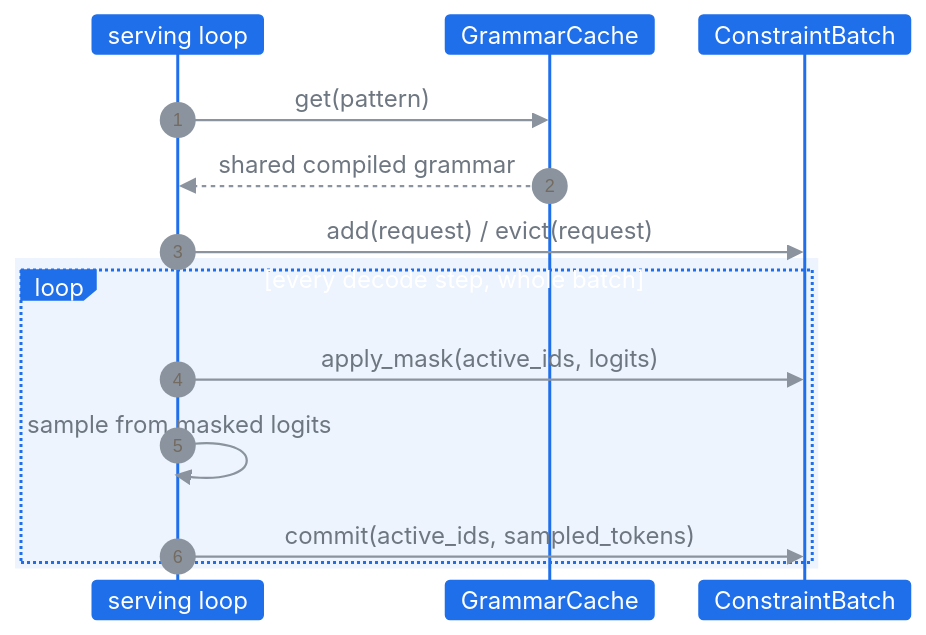
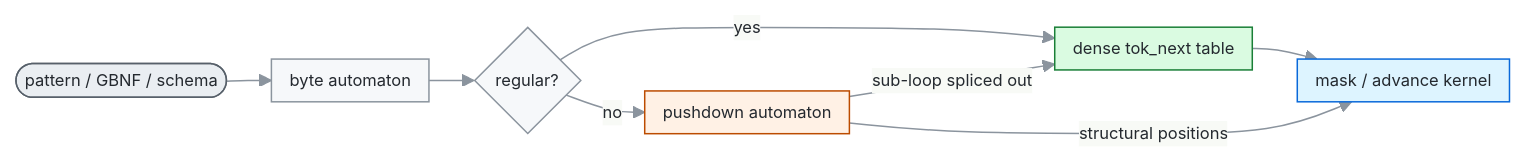
Before and after one commit to zanarashidi/bpdecode: the diagram in README.md, drawn with Mermaid.

Commit message:
README: keep the how-it-works flowchart, shrink it
Swap back to the compile/mask flowchart under "How it works" (drop
the sequence diagram instead); condense labels to one line each,
smaller font, LR layout so it renders compact.

Claude-Session: https://claude.ai/code/session_01LHVxmUChyidsrM3gYY2vNt

````diff
--- a/README.md
+++ b/README.md
@@ -94,20 +111,20 @@
 ```mermaid
-%%{init: {"theme": "base", "themeVariables": {"primaryColor": "#1f6feb", "primaryTextColor": "#fff", "primaryBorderColor": "#1f6feb", "lineColor": "#8b949e", "actorBkg": "#1f6feb", "actorTextColor": "#fff", "actorBorder": "#1f6feb", "signalColor": "#8b949e", "signalTextColor": "#6e7781", "noteBkgColor": "#fff8c5", "noteBorderColor": "#d4a72c", "fontSize": "12px"}, "sequence": {"actorMargin": 30, "boxMargin": 4, "messageMargin": 16, "noteMargin": 4, "height": 26, "width": 90}}}%%
-sequenceDiagram
-    autonumber
-    participant Server as serving loop
-    participant Cache as GrammarCache
-    participant Batch as ConstraintBatch
+%%{init: {"theme": "base", "themeVariables": {"primaryColor": "#f6f8fa", "primaryTextColor": "#24292f", "primaryBorderColor": "#8b949e", "lineColor": "#8b949e", "fontSize": "11px"}, "flowchart": {"nodeSpacing": 20, "rankSpacing": 30, "padding": 6}}}%%
+flowchart LR
+    A(["pattern / GBNF / schema"]) --> B["byte automaton"]
+    B --> C{"regular?"}
+    C -- yes --> D["dense tok_next table"]
+    C -- no --> E["pushdown automaton"]
+    E -- "sub-loop spliced out" --> D
+    D --> F["mask / advance kernel"]
+    E -- "structural positions" --> F
 
-    Server->>Cache: get(pattern)
-    Cache-->>Server: shared compiled grammar
-    Server->>Batch: add(request) / evict(request)
-
-    rect rgba(31, 111, 235, 0.08)
-    loop every decode step, whole batch
-        Server->>Batch: apply_mask(active_ids, logits)
-        Server->>Server: sample from masked logits
-        Server->>Batch: commit(active_ids, sampled_tokens)
-    end
-    end
+    classDef entry fill:#eaeef2,stroke:#57606a,color:#24292f
+    classDef fast fill:#dafbe1,stroke:#1a7f37,color:#24292f
+    classDef slow fill:#fff1e5,stroke:#bc4c00,color:#24292f
+    classDef kernel fill:#ddf4ff,stroke:#0969da,color:#24292f
+    class A entry
+    class D fast
+    class E slow
+    class F kernel
 ```
````
